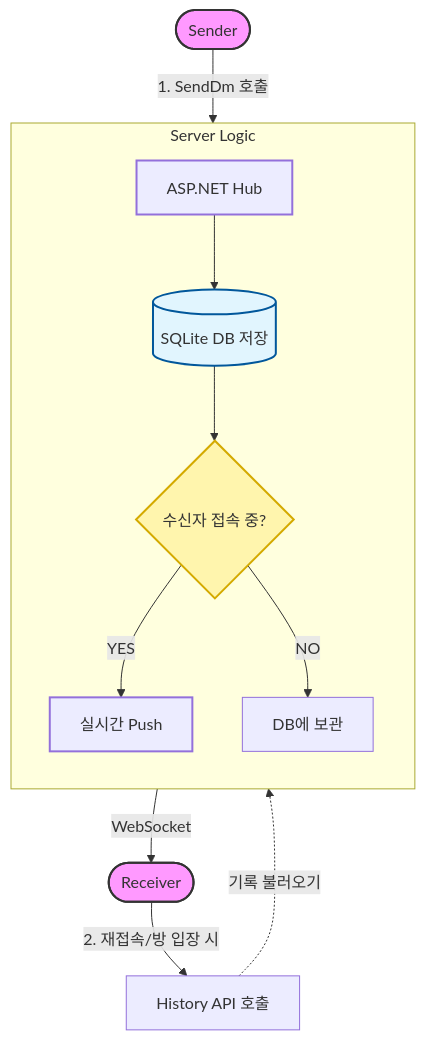
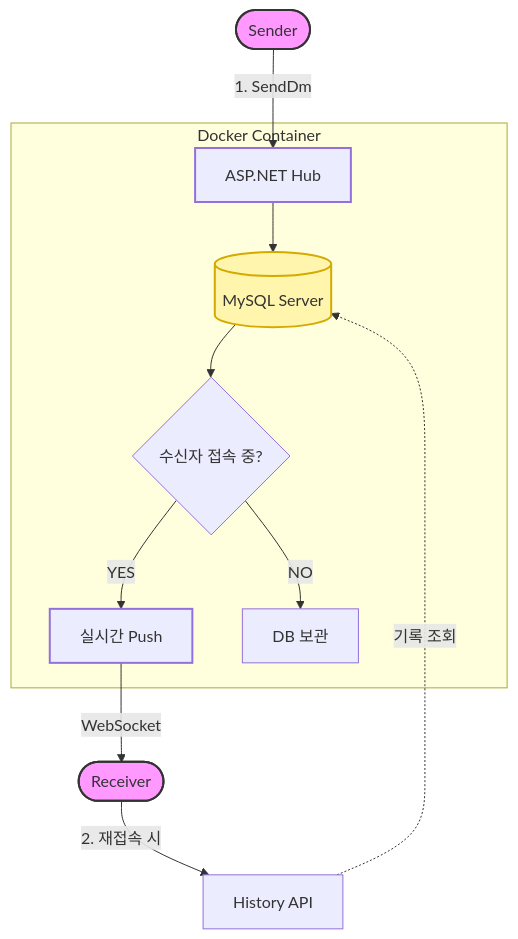
Before and after one commit to AMDEUS935/ASP.NET-ChatApp: the diagram in README.md, drawn with Mermaid. The commit also changed other lines of this file, not shown here.

Commit message:
README 수정

````diff
--- a/README.md
+++ b/README.md
@@ -64,32 +64,24 @@
 ```mermaid
 flowchart TD
-    %% 스타일 정의
     classDef actor fill:#f9f,stroke:#333,stroke-width:2px;
     classDef server fill:#ececff,stroke:#9370db,stroke-width:2px;
-    classDef db fill:#e1f5fe,stroke:#01579b,stroke-width:2px;
-    classDef decision fill:#fff5ad,stroke:#d4aa00,stroke-width:2px;
+    classDef db fill:#fff5ad,stroke:#d4aa00,stroke-width:2px;
 
-    %% 액터 및 시작
-    UserA([Sender]) -->|1. SendDm 호출| Hub[ASP.NET Hub]
+    UserA([Sender]) -->|1. SendDm| Hub[ASP.NET Hub]
     
-    %% 서버 및 DB 로직
-    subgraph Server_Side [Server Logic]
-        direction TB
-        Hub --> Save[(SQLite DB 저장)]
+    subgraph Container_Environment [Docker Container]
+        Hub --> Save[(MySQL Server)]
         Save --> Check{수신자 접속 중?}
         
         Check -- YES --> Push[실시간 Push]
-        Check -- NO --> Offline["DB에 보관"]
+        Check -- NO --> Offline["DB 보관"]
     end
 
-    %% 수신측 처리
     Push -->|WebSocket| UserB([Receiver])
-    UserB -->|2. 재접속/방 입장 시| HistAPI[History API 호출]
-    HistAPI -.->|기록 불러오기| Save
+    UserB -->|2. 재접속 시| HistAPI[History API]
+    HistAPI -.->|기록 조회| Save
     
-    %% 스타일 적용
     class UserA,UserB actor;
     class Hub,Push server;
     class Save db;
-    class Check decision;
 ```
````
